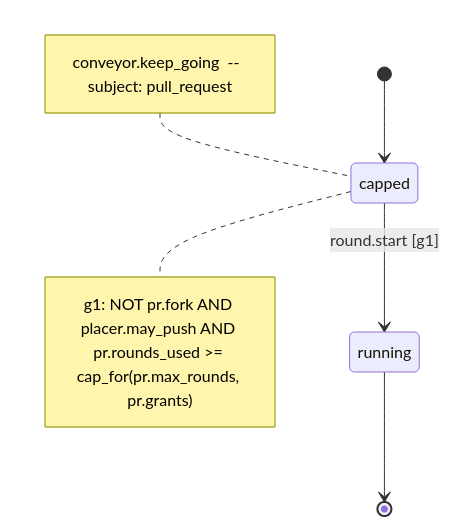
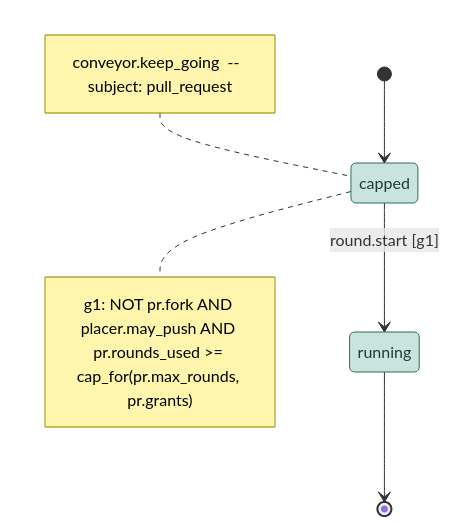
The diagram in .github/conveyor-model/mermaid/conveyor_keep_going.mmd (kostiantyn-matsebora/agent-ops-operator), drawn with Mermaid before and after one commit. The commit also changed 8 other files, not shown here.

```diff
--- a/.github/conveyor-model/mermaid/conveyor_keep_going.mmd
+++ b/.github/conveyor-model/mermaid/conveyor_keep_going.mmd
@@ -1,12 +1,15 @@
 stateDiagram-v2
     [*] --> capped
     note left of capped
         conveyor.keep_going  --  subject: pull_request
     end note
+    classDef stationState fill:#e8d5b5,stroke:#8a6d3b,color:#4a3b1f
+    classDef loopState fill:#c9e4de,stroke:#2f6b5e,color:#1a3b33
     state capped
     state running
     capped --> running : round.start [g1]
     running --> [*]
+    class capped, running loopState
     note right of capped
         g1: NOT pr.fork AND placer.may_push AND pr.rounds_used >= cap_for(pr.max_rounds, pr.grants)
     end note
```
